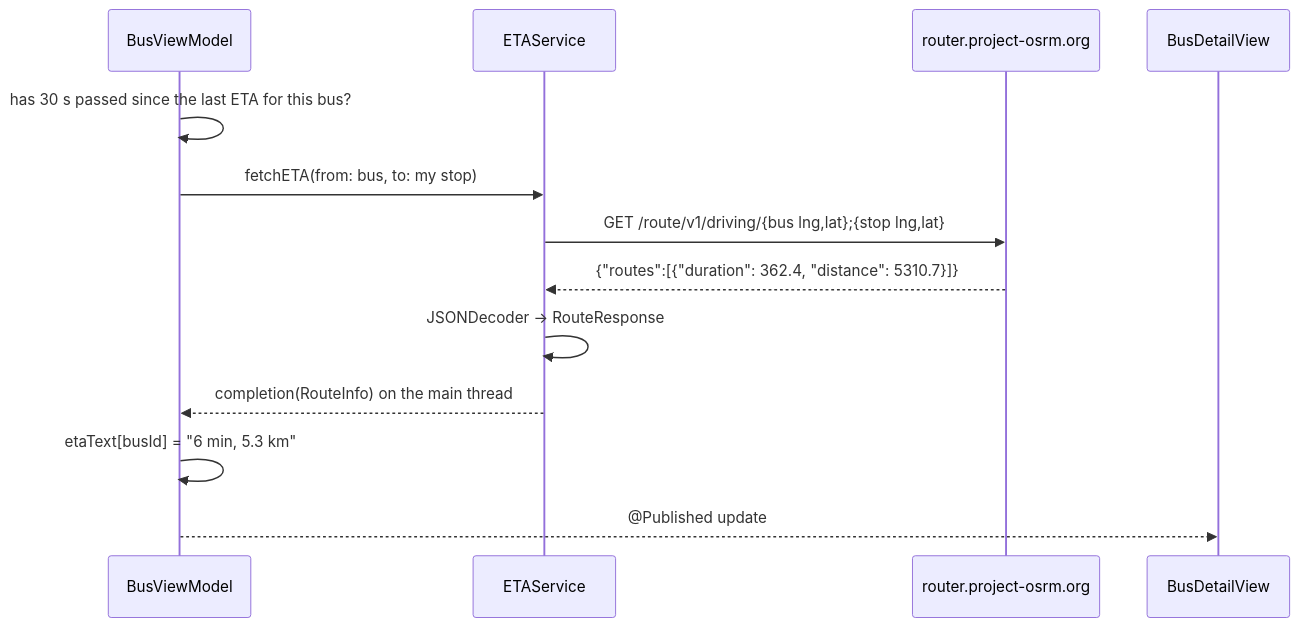
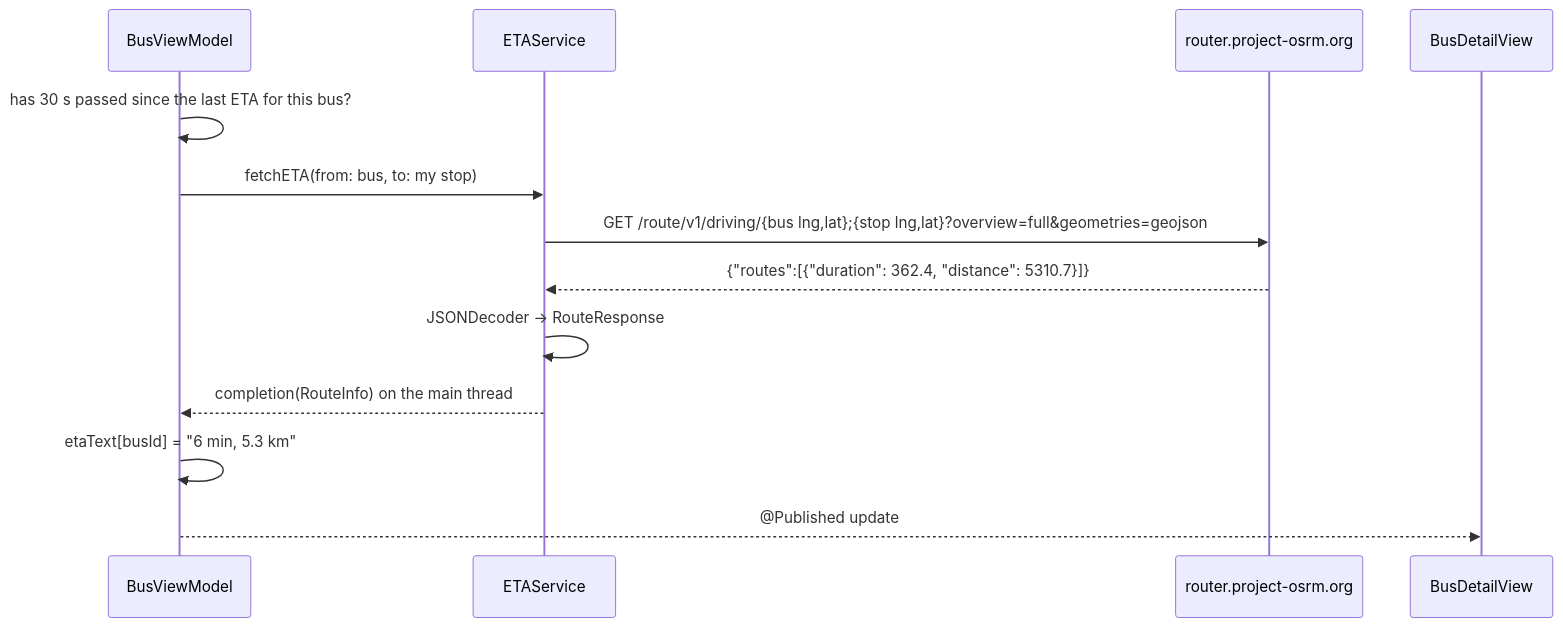
One commit to shadowfax-505/KUETBusLive changed the eighth of 18 diagrams in README.md. Above: the diagram before and after it, drawn with Mermaid. The commit also changed other lines of this file, not shown here.

Commit message:
Document route paths and the trip card

````diff
--- a/README.md
+++ b/README.md
@@ -362,16 +363,16 @@
 ```mermaid
 sequenceDiagram
     participant BVM as BusViewModel
     participant ETA as ETAService
     participant OSRM as router.project-osrm.org
     participant UI as BusDetailView
 
     BVM->>BVM: has 30 s passed since the last ETA for this bus?
     BVM->>ETA: fetchETA(from: bus, to: my stop)
-    ETA->>OSRM: GET /route/v1/driving/{bus lng,lat}#59;{stop lng,lat}
+    ETA->>OSRM: GET /route/v1/driving/{bus lng,lat}#59;{stop lng,lat}?overview=full&geometries=geojson
     OSRM-->>ETA: {"routes":[{"duration": 362.4, "distance": 5310.7}]}
     ETA->>ETA: JSONDecoder → RouteResponse
     ETA-->>BVM: completion(RouteInfo) on the main thread
     BVM->>BVM: etaText[busId] = "6 min, 5.3 km"
     BVM-->>UI: @Published update
 ```
````
